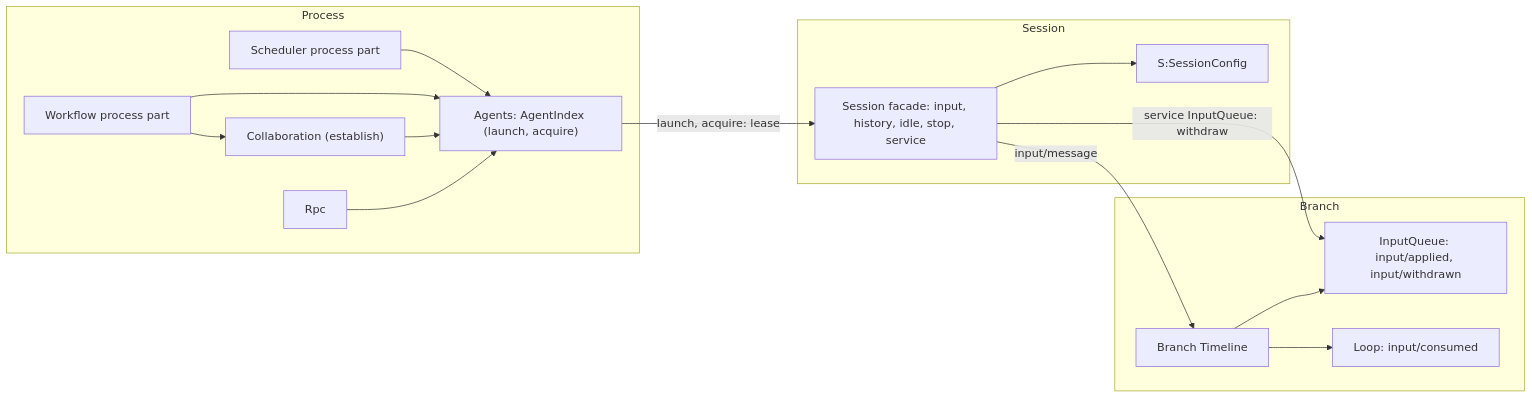
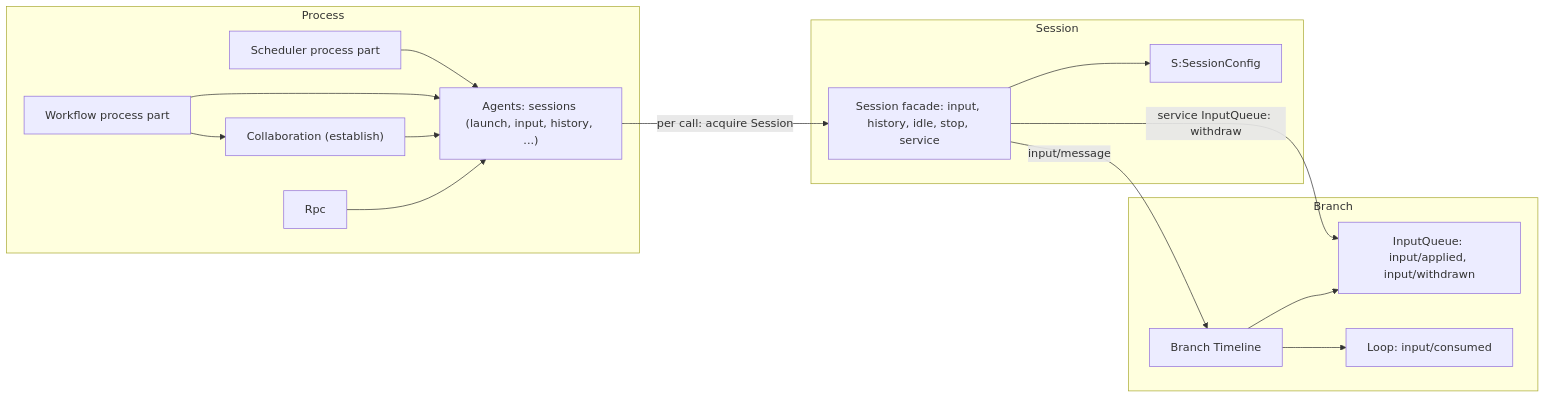
The first of 3 diagrams in docs/design/contracts/session-access.md (CoutinhoTTS/dim-agent), drawn with Mermaid before and after one commit. The commit also changed other lines of this file and 3 other files, not shown here.

````diff
--- a/docs/design/contracts/session-access.md
+++ b/docs/design/contracts/session-access.md
@@ -19,30 +20,30 @@
 ```mermaid
 flowchart LR
   subgraph PROC["Process"]
-    Agents["Agents: AgentIndex (launch, acquire)"]
+    Agents["Agents: sessions (launch, input, history, ...)"]
     Coll["Collaboration (establish)"]
     Sched["Scheduler process part"]
     Wf["Workflow process part"]
     Rpc["Rpc"]
   end
   subgraph SESS["Session"]
     SC["S:SessionConfig"]
     Fac["Session facade: input, history, idle, stop, service"]
   end
   subgraph BR["Branch"]
     IQ["InputQueue: input/applied, input/withdrawn"]
     LP["Loop: input/consumed"]
     TL["Branch Timeline"]
   end
   Sched --> Agents
   Wf --> Agents
   Wf --> Coll
   Coll --> Agents
   Rpc --> Agents
-  Agents -->|"launch, acquire: lease"| Fac
+  Agents -->|"per call: acquire Session"| Fac
   Fac --> SC
   Fac -->|"input/message"| TL
   Fac -->|"service InputQueue: withdraw"| IQ
   TL --> IQ
   TL --> LP
 ```
````
